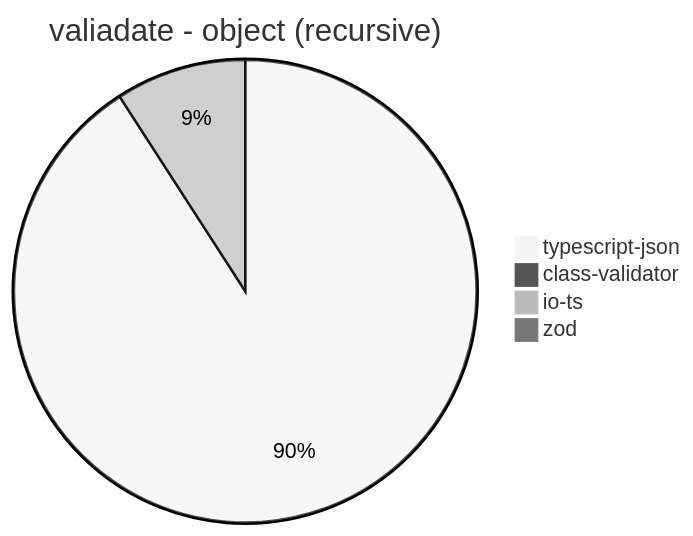
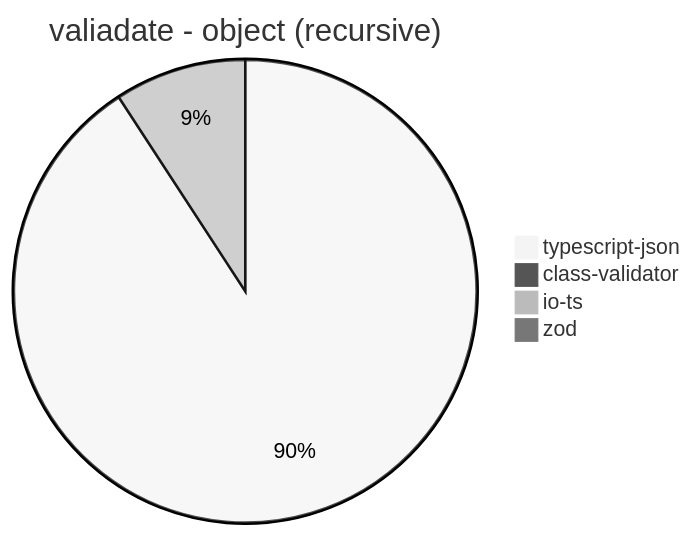
Before and after one commit to samchon/typia: the tenth of 32 diagrams in benchmark/results/AMD Ryzen 7 5800H with Radeon Graphics.md, drawn with Mermaid (neutral theme). The commit also changed other lines of this file and 7 other files, not shown here.

````diff
--- a/benchmark/results/AMD Ryzen 7 5800H with Radeon Graphics.md
+++ b/benchmark/results/AMD Ryzen 7 5800H with Radeon Graphics.md
@@ -127,7 +127,7 @@
 ```mermaid
 pie title valiadate - object (recursive)
-  "typescript-json": 18673.66307720387
-  "class-validator": 65.41040043486139
-  "io-ts": 1874.243813015582
-  "zod": 73.2119391777736
+  "typescript-json": 18419.019857897612
+  "class-validator": 39.15383187975505
+  "io-ts": 1864.879852125693
+  "zod": 71.4552936775159
 ```
````
